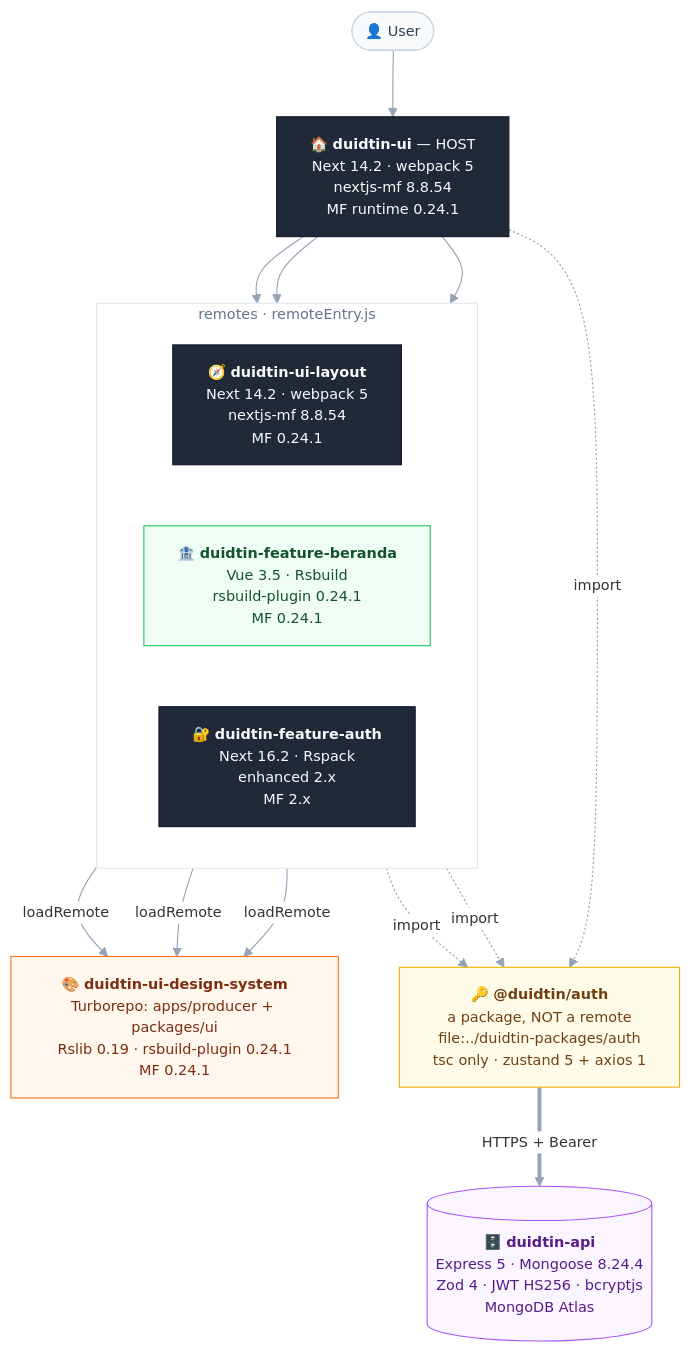
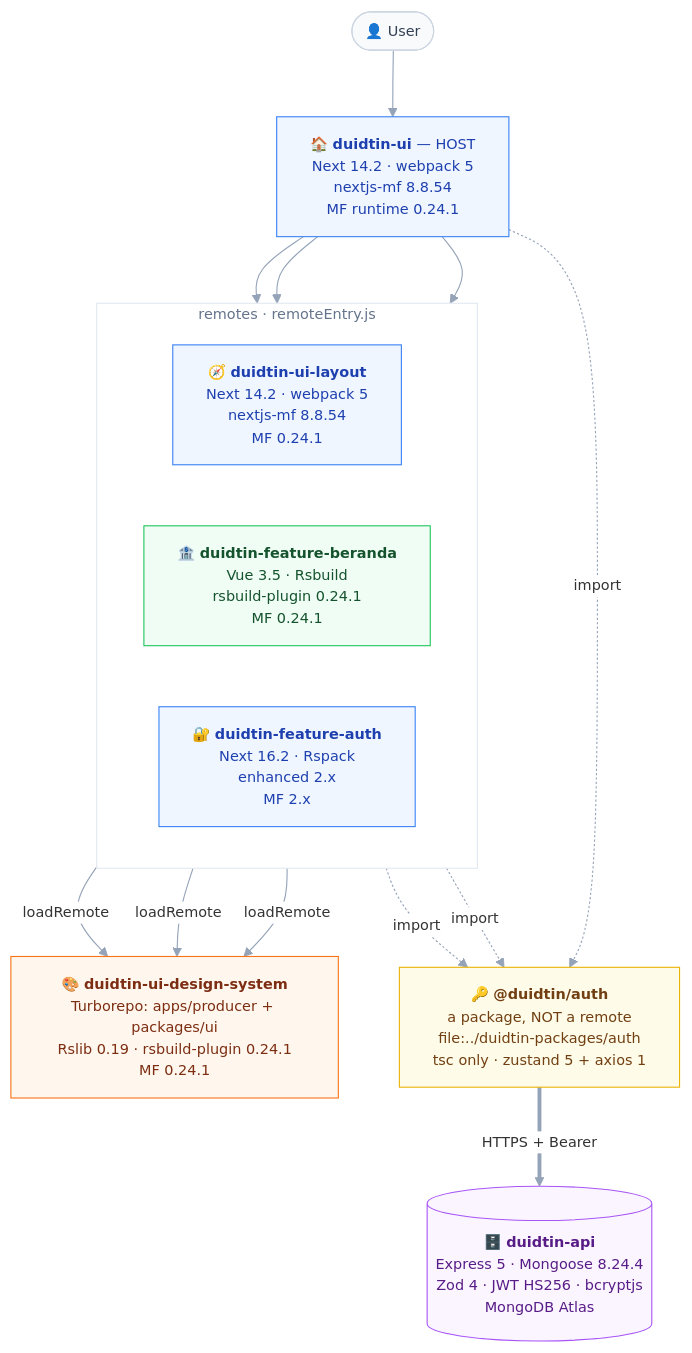
Before and after one commit to AnggaWikaNugraha/super-apps-microfrontend-duidtin: the diagram in README.md, drawn with Mermaid. The commit also changed other lines of this file and 1 other file, not shown here.

````diff
--- a/README.md
+++ b/README.md
@@ -281,40 +281,40 @@
 ```mermaid
 %%{init: {'theme':'base','themeVariables':{'fontSize':'13px','lineColor':'#94a3b8','edgeLabelBackground':'#ffffff'},'flowchart':{'wrappingWidth':235,'nodeSpacing':55,'rankSpacing':60,'curve':'basis'}}}%%
 flowchart TD
   U(["👤 User"]) --> H
 
   H["🏠 <b>duidtin-ui</b> — HOST<br/>Next 14.2 · webpack 5<br/>nextjs-mf 8.8.54<br/>MF runtime 0.24.1"]
 
   subgraph RUNTIME ["remotes · remoteEntry.js"]
     direction LR
     L["🧭 <b>duidtin-ui-layout</b><br/>Next 14.2 · webpack 5<br/>nextjs-mf 8.8.54<br/>MF 0.24.1"]
     B["🏦 <b>duidtin-feature-beranda</b><br/>Vue 3.5 · Rsbuild<br/>rsbuild-plugin 0.24.1<br/>MF 0.24.1"]
     A["🔐 <b>duidtin-feature-auth</b><br/>Next 16.2 · Rspack<br/>enhanced 2.x<br/>MF 2.x"]
   end
 
   H --> L
   H --> B
   H --> A
 
   L & B & A -- "loadRemote" --> DS["🎨 <b>duidtin-ui-design-system</b><br/>Turborepo: apps/producer + packages/ui<br/>Rslib 0.19 · rsbuild-plugin 0.24.1<br/>MF 0.24.1"]
 
   H & B & A -. "import" .-> P["🔑 <b>@duidtin/auth</b><br/>a package, NOT a remote<br/>file:../duidtin-packages/auth<br/>tsc only · zustand 5 + axios 1"]
 
   P == "HTTPS + Bearer" ==> API[("🗄️ <b>duidtin-api</b><br/>Express 5 · Mongoose 8.24.4<br/>Zod 4 · JWT HS256 · bcryptjs<br/>MongoDB Atlas")]
 
   classDef user fill:#f8fafc,stroke:#cbd5e1,color:#334155
-  classDef next fill:#1f2937,stroke:#0f172a,color:#f8fafc
+  classDef next fill:#eff6ff,stroke:#3b82f6,color:#1e40af
   classDef rs fill:#fff7ed,stroke:#f97316,color:#7c2d12
   classDef vue fill:#f0fdf4,stroke:#22c55e,color:#14532d
   classDef pkg fill:#fefce8,stroke:#eab308,color:#713f12
   classDef backend fill:#faf5ff,stroke:#a855f7,color:#581c87
 
   class U user
   class H,L,A next
   class DS rs
   class B vue
   class P pkg
   class API backend
 
   style RUNTIME fill:#ffffff,stroke:#e2e8f0,color:#64748b
 ```
````
